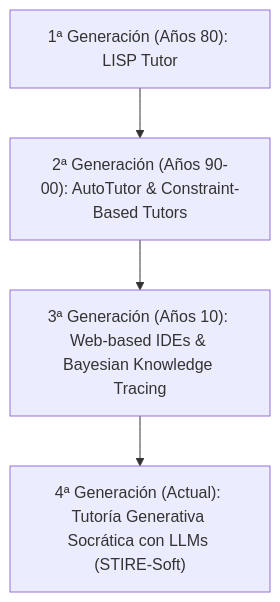
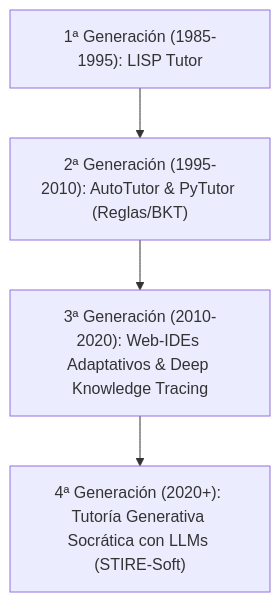
The first of 3 diagrams in docs/investigacion/CUADERNO_INVESTIGACION_TUTORES_Y_REPETICION_ESPACIADA.md (IvanGoat/Stire-Soft), drawn with Mermaid before and after one commit. The commit also changed other lines of this file, not shown here.

````diff
--- a/docs/investigacion/CUADERNO_INVESTIGACION_TUTORES_Y_REPETICION_ESPACIADA.md
+++ b/docs/investigacion/CUADERNO_INVESTIGACION_TUTORES_Y_REPETICION_ESPACIADA.md
@@ -17,6 +15,6 @@
 ```mermaid
 graph TD
-    A["1ª Generación (Años 80): LISP Tutor"] --> B["2ª Generación (Años 90-00): AutoTutor & Constraint-Based Tutors"]
-    B --> C["3ª Generación (Años 10): Web-based IDEs & Bayesian Knowledge Tracing"]
-    C --> D["4ª Generación (Actual): Tutoría Generativa Socrática con LLMs (STIRE-Soft)"]
+    A["1ª Generación (1985-1995): LISP Tutor"] --> B["2ª Generación (1995-2010): AutoTutor & PyTutor (Reglas/BKT)"]
+    B --> C["3ª Generación (2010-2020): Web-IDEs Adaptativos & Deep Knowledge Tracing"]
+    C --> D["4ª Generación (2020+): Tutoría Generativa Socrática con LLMs (STIRE-Soft)"]
 ```
````
